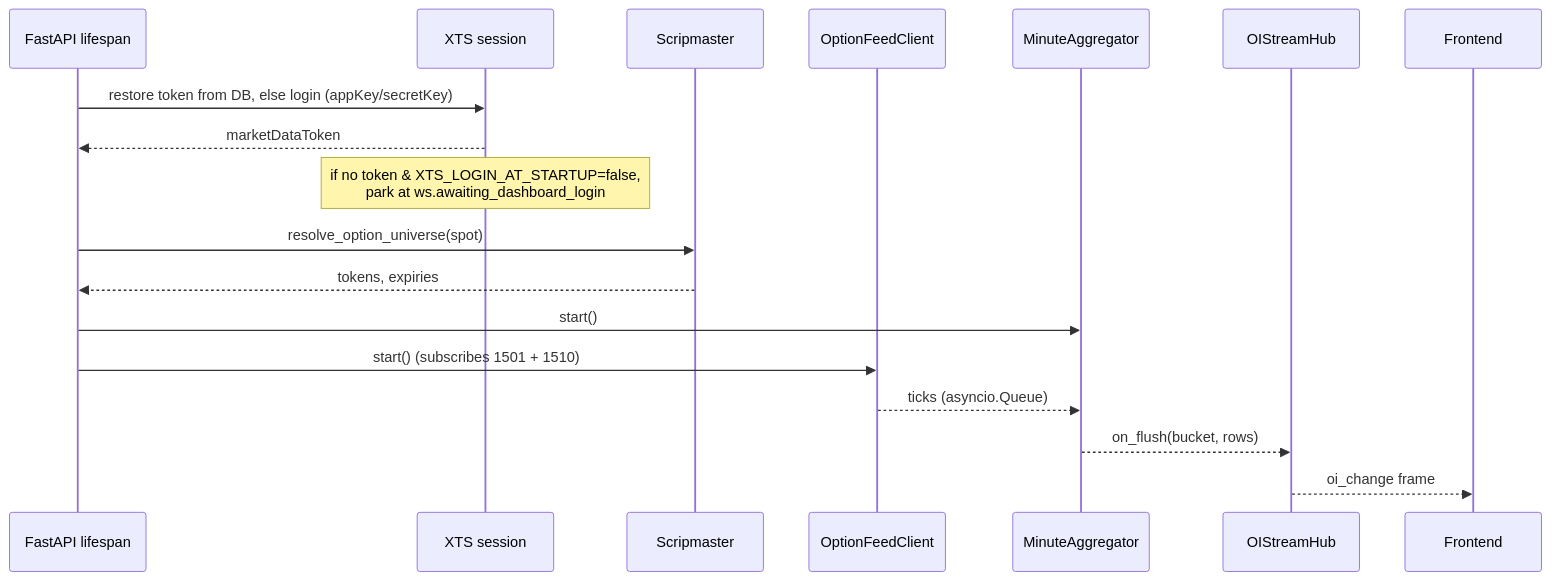
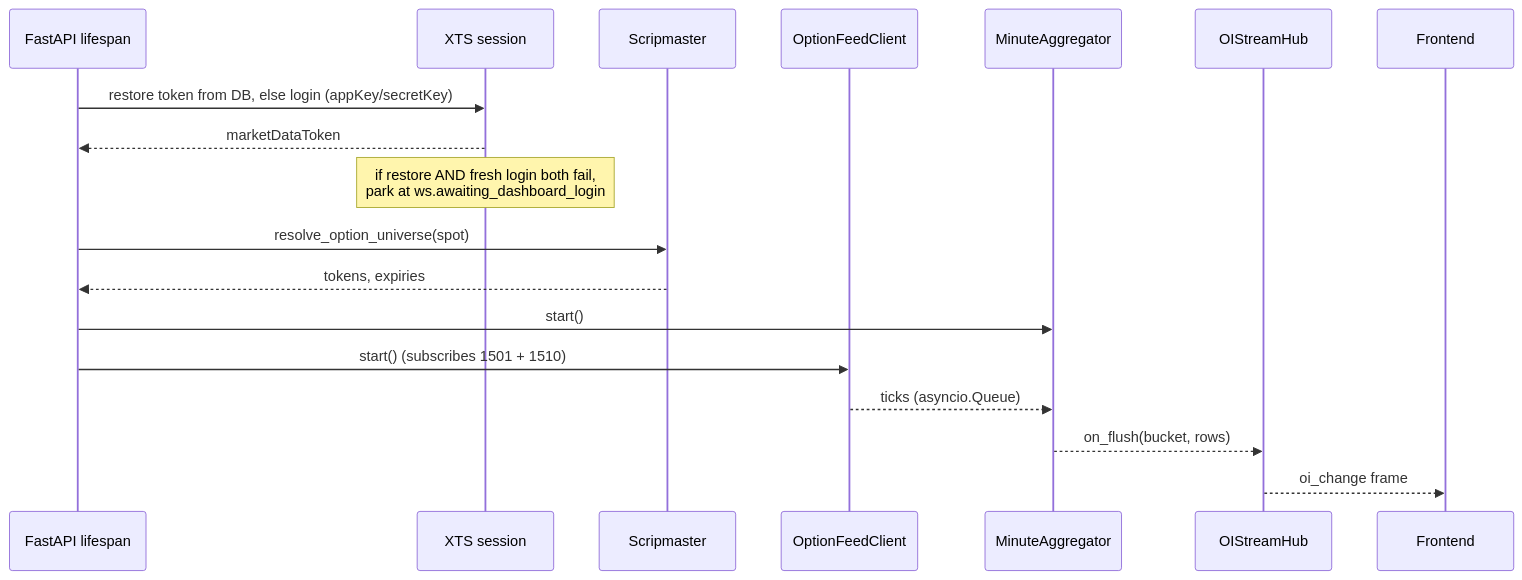
Before and after one commit to orvinus/Option-Chain-OS: the second of 2 diagrams in docs/ARCHITECTURE.md, drawn with Mermaid. The commit also changed 8 other files, not shown here.

First line of the commit message:
Remove XTS_LOGIN_AT_STARTUP, a setting no code ever read

````diff
--- a/docs/ARCHITECTURE.md
+++ b/docs/ARCHITECTURE.md
@@ -20,20 +20,20 @@
 ```mermaid
 sequenceDiagram
     participant Lifespan as FastAPI lifespan
     participant Auth as XTS session
     participant Sm as Scripmaster
     participant WS as OptionFeedClient
     participant Agg as MinuteAggregator
     participant Hub as OIStreamHub
 
     Lifespan->>Auth: restore token from DB, else login (appKey/secretKey)
     Auth-->>Lifespan: marketDataToken
-    Note over Auth: if no token & XTS_LOGIN_AT_STARTUP=false,<br/>park at ws.awaiting_dashboard_login
+    Note over Auth: if restore AND fresh login both fail,<br/>park at ws.awaiting_dashboard_login
     Lifespan->>Sm: resolve_option_universe(spot)
     Sm-->>Lifespan: tokens, expiries
     Lifespan->>Agg: start()
     Lifespan->>WS: start() (subscribes 1501 + 1510)
     WS-->>Agg: ticks (asyncio.Queue)
     Agg-->>Hub: on_flush(bucket, rows)
     Hub-->>Frontend: oi_change frame
 ```
````
